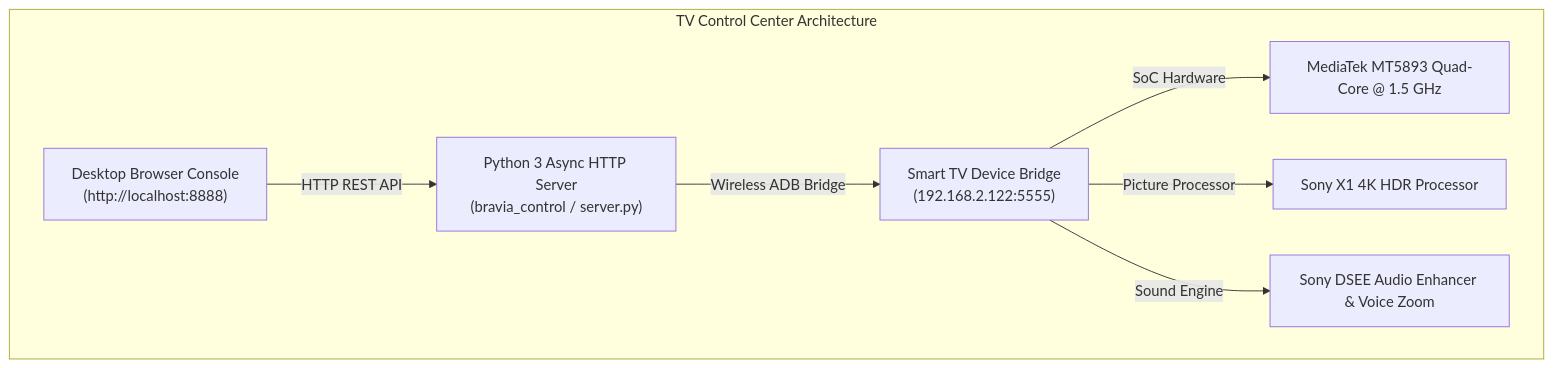
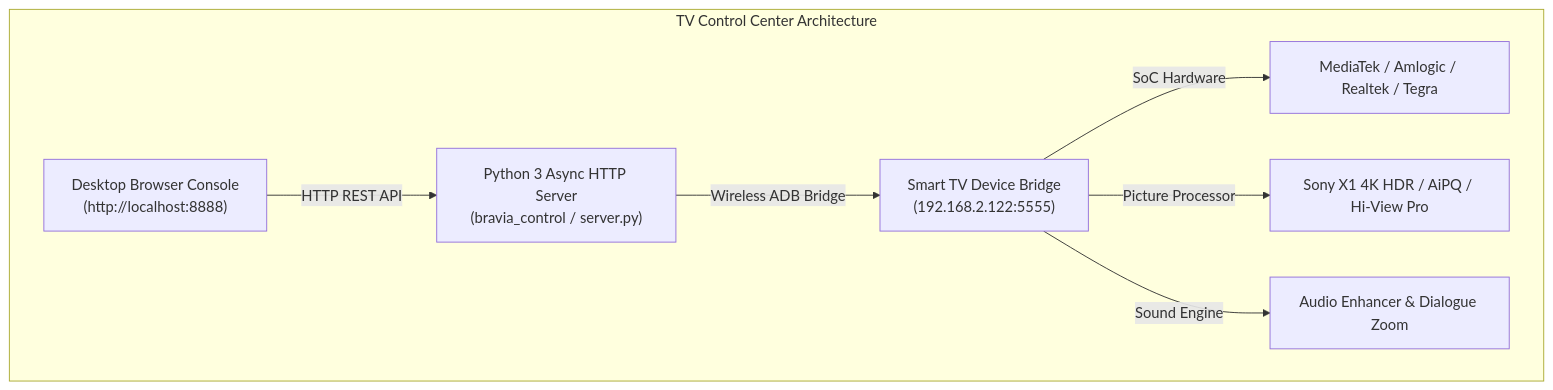
The diagram in README.md (ashishdungdung/tv-control-center), drawn with Mermaid before and after one commit. The commit also changed other lines of this file, not shown here.

````diff
--- a/README.md
+++ b/README.md
@@ -17,11 +19,11 @@
 ```mermaid
 graph TD
     subgraph "TV Control Center Architecture"
         DESK["Desktop Browser Console<br>(http://localhost:8888)"] -->|HTTP REST API| PY["Python 3 Async HTTP Server<br>(bravia_control / server.py)"]
         PY -->|Wireless ADB Bridge| TV["Smart TV Device Bridge<br>(192.168.2.122:5555)"]
         
-        TV -->|SoC Hardware| MTK["MediaTek MT5893 Quad-Core @ 1.5 GHz"]
-        TV -->|Picture Processor| X1["Sony X1 4K HDR Processor"]
-        TV -->|Sound Engine| DSEE["Sony DSEE Audio Enhancer & Voice Zoom"]
+        TV -->|SoC Hardware| MTK["MediaTek / Amlogic / Realtek / Tegra"]
+        TV -->|Picture Processor| X1["Sony X1 4K HDR / AiPQ / Hi-View Pro"]
+        TV -->|Sound Engine| DSEE["Audio Enhancer & Dialogue Zoom"]
     end
 ```
````
